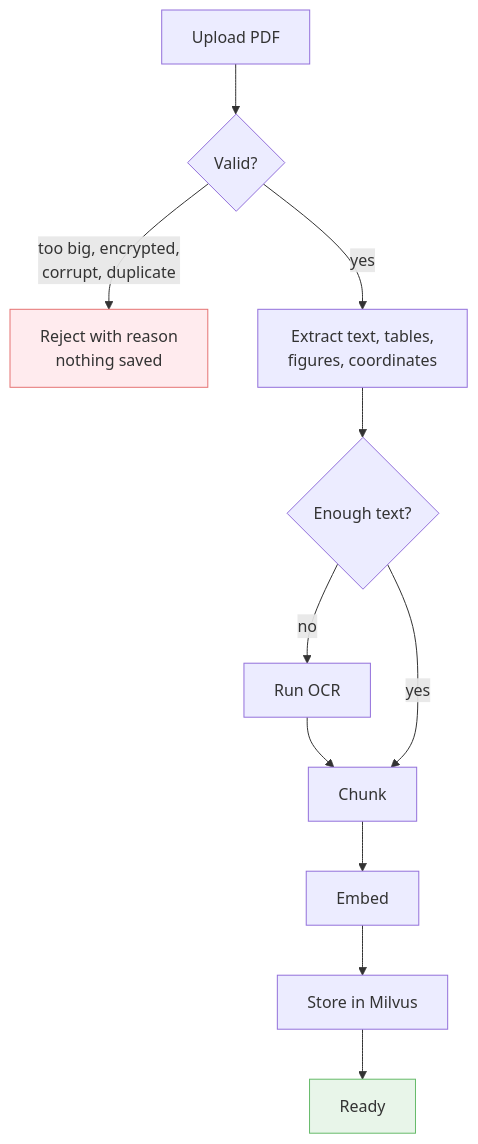
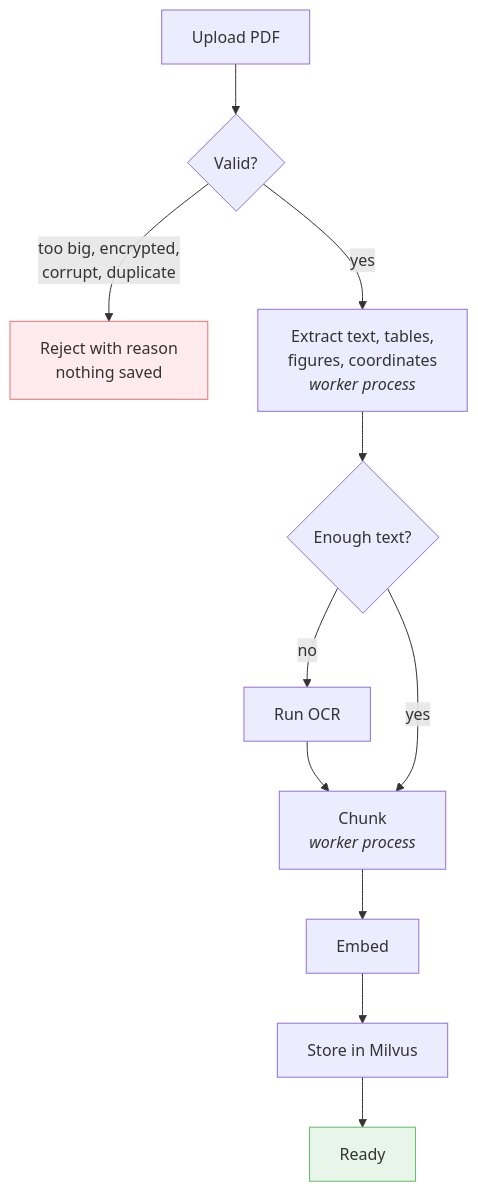
The second of 3 diagrams in docs/LENS.md (VinitP31/Lens), drawn with Mermaid before and after one commit. The commit also changed other lines of this file, not shown here.

Commit message:
docs: record the worker process, label pairing and measured threshold

````diff
--- a/docs/LENS.md
+++ b/docs/LENS.md
@@ -504,16 +508,16 @@
 ```mermaid
 flowchart TB
     A["Upload PDF"] --> B{"Valid?"}
     B -->|"too big, encrypted,<br/>corrupt, duplicate"| R["Reject with reason<br/>nothing saved"]
-    B -->|yes| C["Extract text, tables,<br/>figures, coordinates"]
+    B -->|yes| C["Extract text, tables,<br/>figures, coordinates<br/><i>worker process</i>"]
     C --> D{"Enough text?"}
     D -->|no| E["Run OCR"]
     E --> F
-    D -->|yes| F["Chunk"]
+    D -->|yes| F["Chunk<br/><i>worker process</i>"]
     F --> G["Embed"]
     G --> H["Store in Milvus"]
     H --> I["Ready"]
 
     style R fill:#ffebee,stroke:#e57373
     style I fill:#e8f5e9,stroke:#66bb6a
 ```
````
